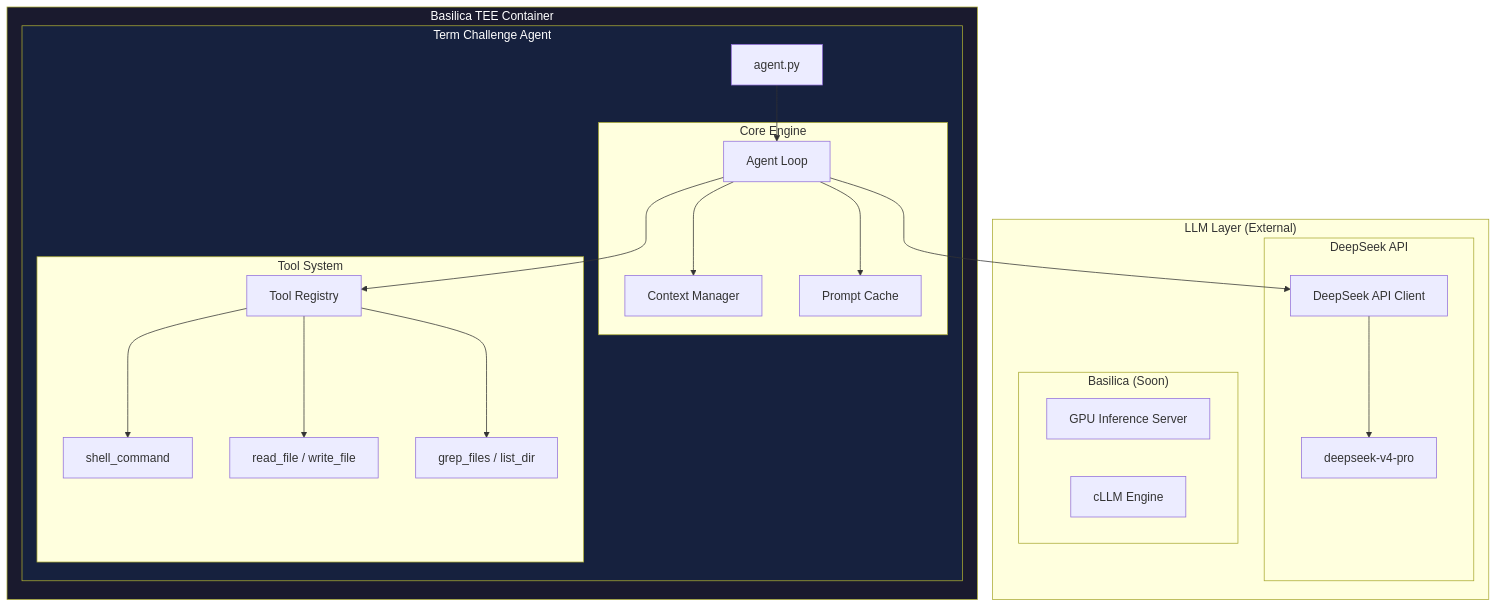
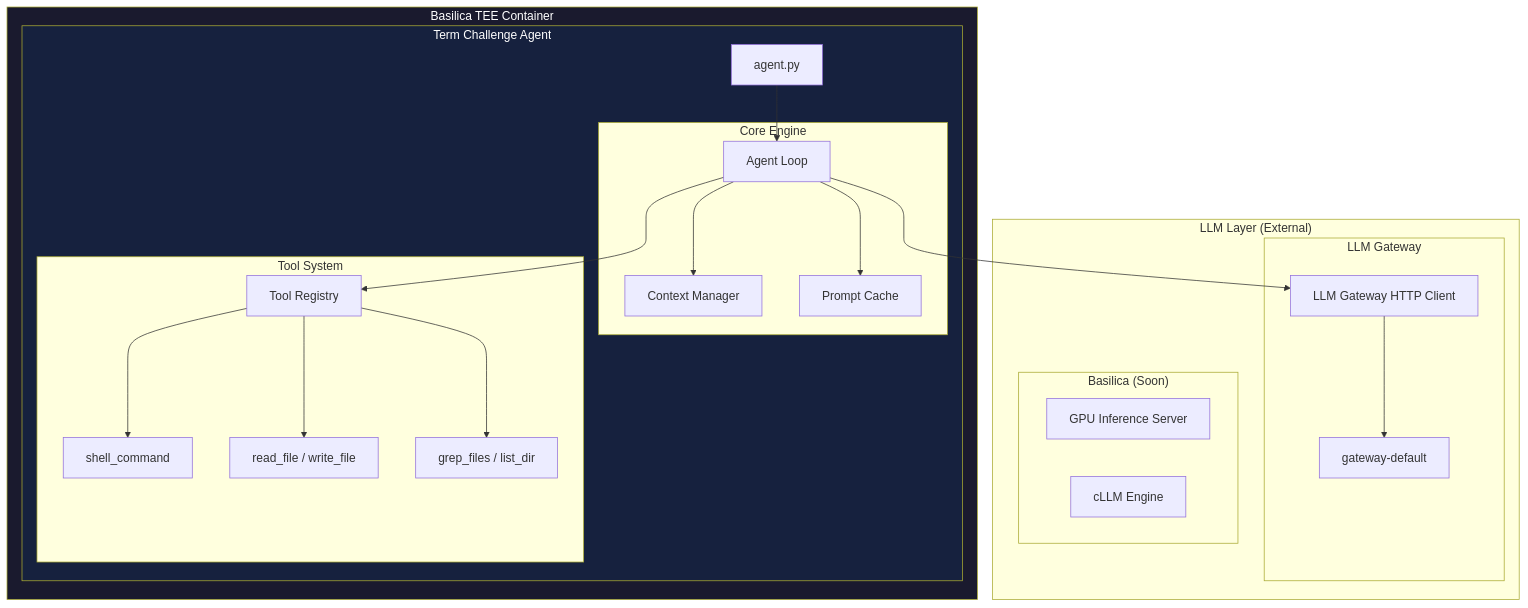
The first of 6 diagrams in README.md (BaseIntelligence/baseagent), drawn with Mermaid before and after one commit. The commit also changed other lines of this file and 24 other files, not shown here.

First line of the commit message:
feat(llm): route agent through the platform LLM gateway (drop DeepSeek)

````diff
--- a/README.md
+++ b/README.md
@@ -19,46 +18,46 @@
 ```mermaid
 graph TB
     subgraph Basilica["Basilica TEE Container"]
         subgraph TermChallenge["Term Challenge Agent"]
             CLI["agent.py"]
             
             subgraph Core["Core Engine"]
                 Loop["Agent Loop"]
                 Context["Context Manager"]
                 Cache["Prompt Cache"]
             end
             
             subgraph Tools["Tool System"]
                 Registry["Tool Registry"]
                 Shell["shell_command"]
                 Files["read_file / write_file"]
                 Search["grep_files / list_dir"]
             end
         end
     end
     
     subgraph LLM["LLM Layer (External)"]
-        subgraph DeepSeek["DeepSeek API"]
-            Client["DeepSeek API Client"]
-            Model["deepseek-v4-pro"]
+        subgraph Gateway["LLM Gateway"]
+            Client["LLM Gateway HTTP Client"]
+            Model["gateway-default"]
         end
         
         subgraph BasilicaLLM["Basilica (Soon)"]
             GPUServer["GPU Inference Server"]
             cLLM["cLLM Engine"]
         end
     end
     
     CLI --> Loop
     Loop --> Context
     Loop --> Cache
     Loop --> Client
     Client --> Model
     Loop --> Registry
     Registry --> Shell
     Registry --> Files
     Registry --> Search
     
     style Basilica fill:#1a1a2e,color:#fff
     style TermChallenge fill:#16213e,color:#fff
 ```
````
